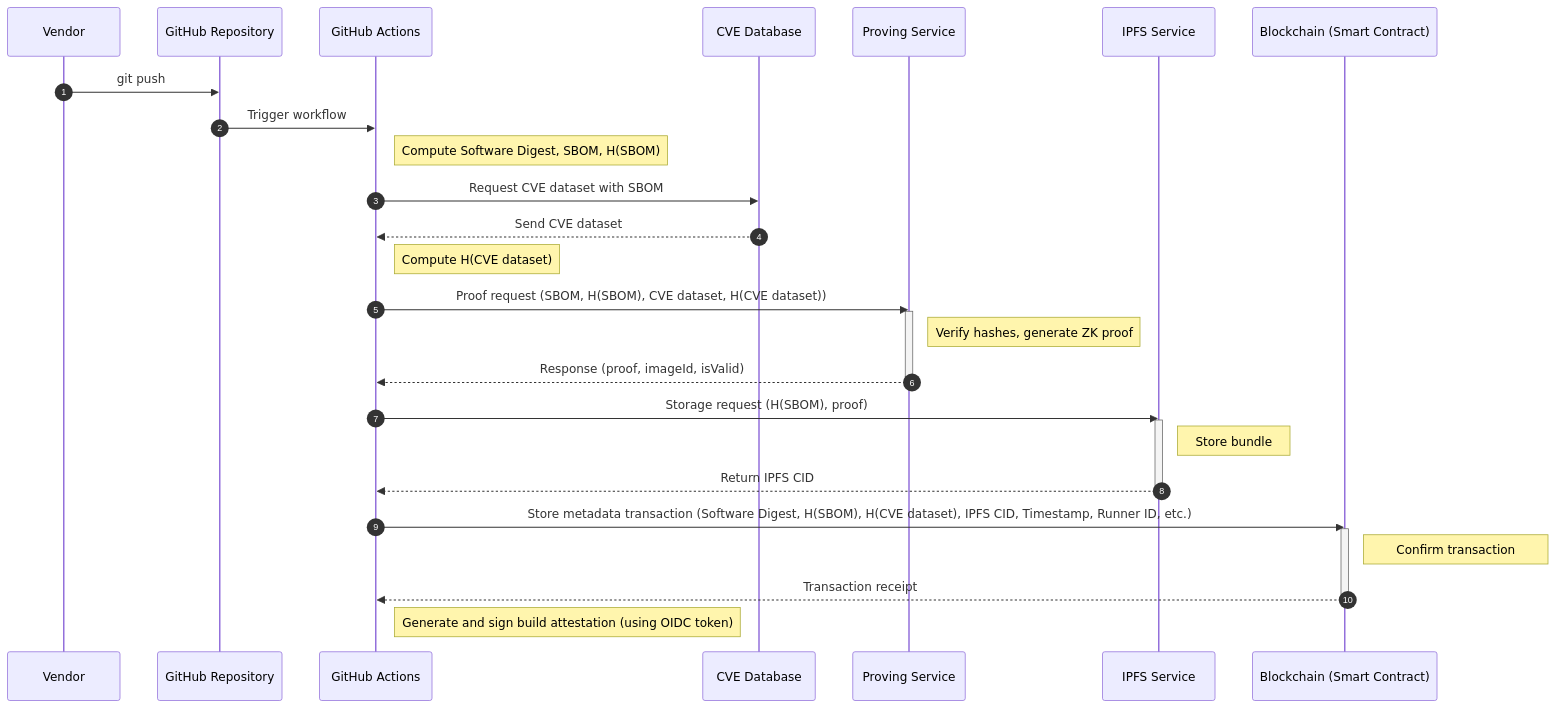
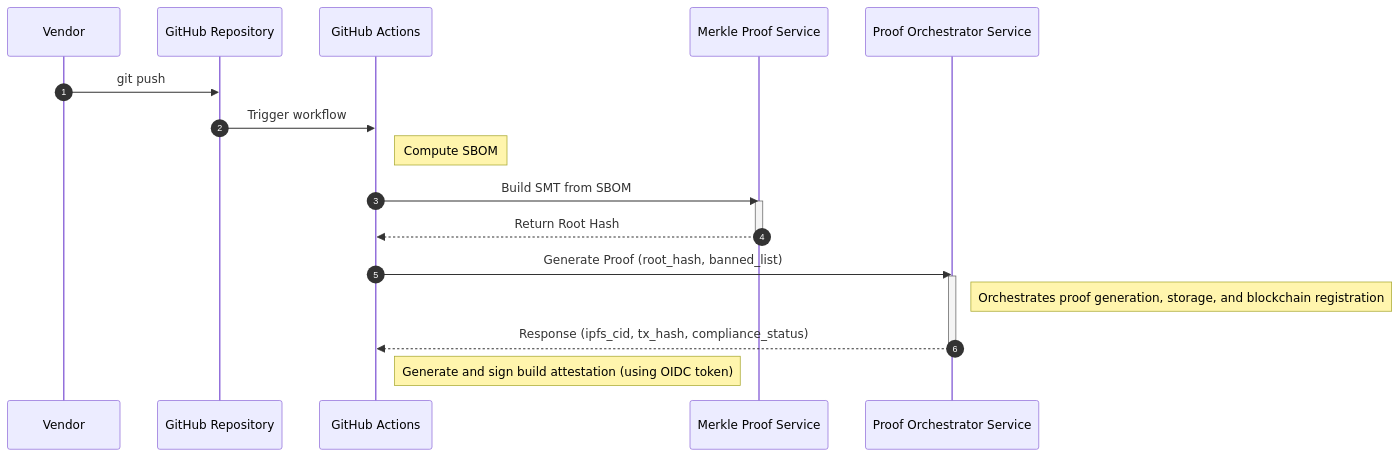
The diagram in docs/architecture/Proof sequenceDiagram.mmd (tuberlin-blockchain-prototyping/sharing-sbom-system), drawn with Mermaid before and after one commit. The commit also changed 2 other files, not shown here.

Commit message:
update diagrams for new architecture

```diff
--- a/docs/architecture/Proof sequenceDiagram.mmd
+++ b/docs/architecture/Proof sequenceDiagram.mmd
@@ -1,32 +1,24 @@
 sequenceDiagram
     autonumber
     participant Vendor
     participant GitHub_Repository as GitHub Repository
     participant GitHub_Actions as GitHub Actions
-    participant CVE_Database as CVE Database
-    participant Proving_Service as Proving Service
-    participant IPFS_Service as IPFS Service
-    participant Blockchain as Blockchain (Smart Contract)
+    participant Merkle_Proof_Service as Merkle Proof Service
+    participant Proof_Orchestrator_Service as Proof Orchestrator Service
+
     Vendor->>GitHub_Repository: git push
     GitHub_Repository->>GitHub_Actions: Trigger workflow
-    note right of GitHub_Actions: Compute Software Digest, SBOM, H(SBOM)
-    
-    GitHub_Actions->>CVE_Database: Request CVE dataset with SBOM
-    CVE_Database-->>GitHub_Actions: Send CVE dataset
-    note right of GitHub_Actions: Compute H(CVE dataset)
-    GitHub_Actions->>Proving_Service: Proof request (SBOM, H(SBOM), CVE dataset, H(CVE dataset))
-    activate Proving_Service
-    note right of Proving_Service: Verify hashes, generate ZK proof
-    Proving_Service-->>GitHub_Actions: Response (proof, imageId, isValid)
-    deactivate Proving_Service
-    GitHub_Actions->>IPFS_Service: Storage request (H(SBOM), proof)
-    activate IPFS_Service
-    note right of IPFS_Service: Store bundle
-    IPFS_Service-->>GitHub_Actions: Return IPFS CID
-    deactivate IPFS_Service
-    GitHub_Actions->>Blockchain: Store metadata transaction (Software Digest, H(SBOM), H(CVE dataset), IPFS CID, Timestamp, Runner ID, etc.)
-    activate Blockchain
-    note right of Blockchain: Confirm transaction
-    Blockchain-->>GitHub_Actions: Transaction receipt
-    deactivate Blockchain
+    note right of GitHub_Actions: Compute SBOM
+
+    GitHub_Actions->>Merkle_Proof_Service: Build SMT from SBOM
+    activate Merkle_Proof_Service
+    Merkle_Proof_Service-->>GitHub_Actions: Return Root Hash
+    deactivate Merkle_Proof_Service
+
+    GitHub_Actions->>Proof_Orchestrator_Service: Generate Proof (root_hash, banned_list)
+    activate Proof_Orchestrator_Service
+    note right of Proof_Orchestrator_Service: Orchestrates proof generation, storage, and blockchain registration
+    Proof_Orchestrator_Service-->>GitHub_Actions: Response (ipfs_cid, tx_hash, compliance_status)
+    deactivate Proof_Orchestrator_Service
+
     note right of GitHub_Actions: Generate and sign build attestation (using OIDC token)
```
